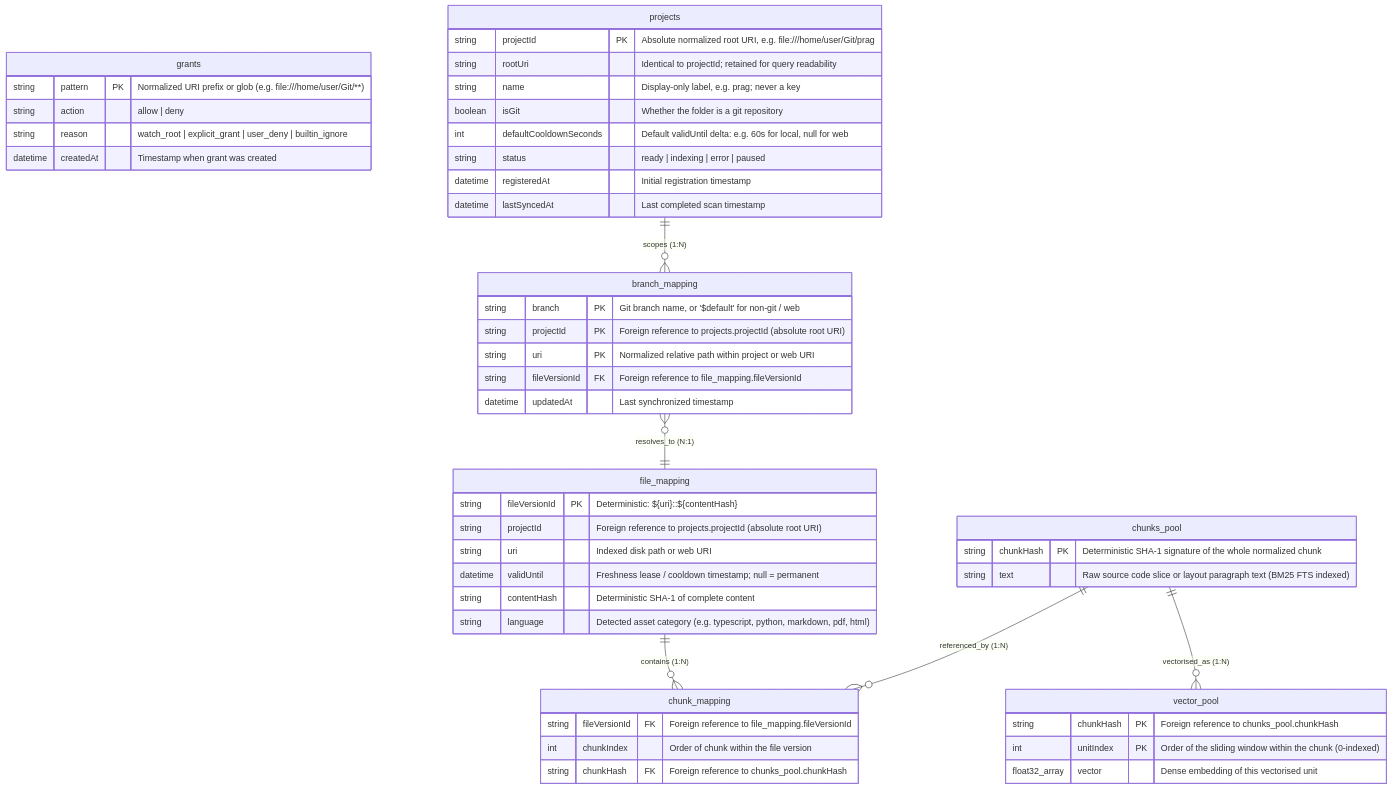
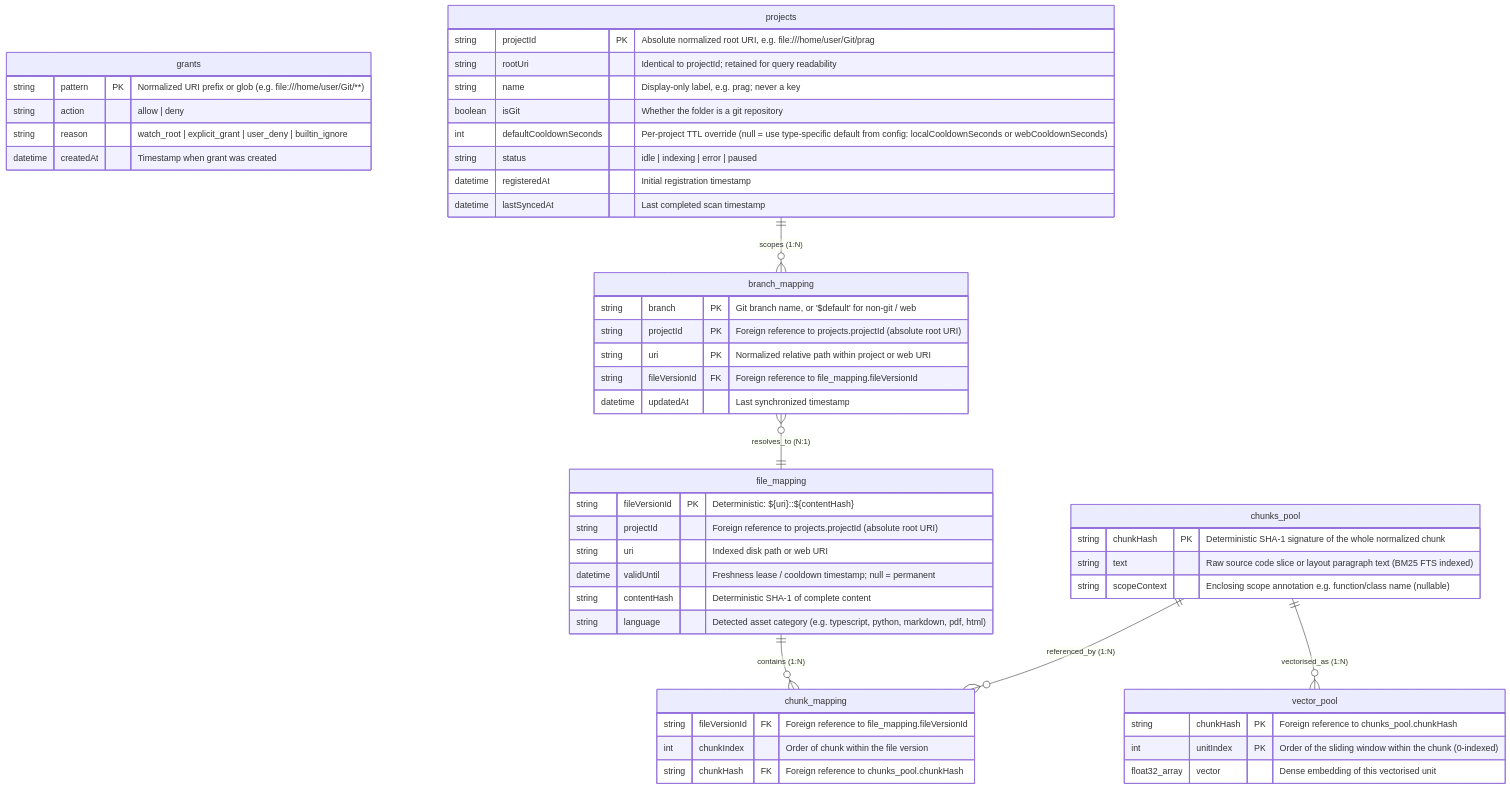
One commit to ai4ci/prag changed the diagram in design/resources/storage-schema.md. Above: the diagram before and after it, drawn with Mermaid. The commit also changed other lines of this file and 14 other files, not shown here.

````diff
--- a/design/resources/storage-schema.md
+++ b/design/resources/storage-schema.md
@@ -18,61 +18,62 @@
 ```mermaid
 erDiagram
     grants
     projects ||--o{ branch_mapping : "scopes (1:N)"
     branch_mapping }o--|| file_mapping : "resolves_to (N:1)"
     file_mapping ||--o{ chunk_mapping : "contains (1:N)"
     chunks_pool ||--o{ chunk_mapping : "referenced_by (1:N)"
     chunks_pool ||--o{ vector_pool : "vectorised_as (1:N)"
 
     grants {
         string pattern PK "Normalized URI prefix or glob (e.g. file:///home/user/Git/**)"
         string action "allow | deny"
         string reason "watch_root | explicit_grant | user_deny | builtin_ignore"
         datetime createdAt "Timestamp when grant was created"
     }
 
     projects {
         string projectId PK "Absolute normalized root URI, e.g. file:///home/user/Git/prag"
         string rootUri "Identical to projectId; retained for query readability"
         string name "Display-only label, e.g. prag; never a key"
         boolean isGit "Whether the folder is a git repository"
-        int defaultCooldownSeconds "Default validUntil delta: e.g. 60s for local, null for web"
-        string status "ready | indexing | error | paused"
+        int defaultCooldownSeconds "Per-project TTL override (null = use type-specific default from config: localCooldownSeconds or webCooldownSeconds)"
+        string status "idle | indexing | error | paused"
         datetime registeredAt "Initial registration timestamp"
         datetime lastSyncedAt "Last completed scan timestamp"
     }
 
     branch_mapping {
         string branch PK "Git branch name, or '$default' for non-git / web"
         string projectId PK "Foreign reference to projects.projectId (absolute root URI)"
         string uri PK "Normalized relative path within project or web URI"
         string fileVersionId FK "Foreign reference to file_mapping.fileVersionId"
         datetime updatedAt "Last synchronized timestamp"
     }
 
     file_mapping {
         string fileVersionId PK "Deterministic: ${uri}::${contentHash}"
         string projectId "Foreign reference to projects.projectId (absolute root URI)"
         string uri "Indexed disk path or web URI"
         datetime validUntil "Freshness lease / cooldown timestamp; null = permanent"
         string contentHash "Deterministic SHA-1 of complete content"
         string language "Detected asset category (e.g. typescript, python, markdown, pdf, html)"
     }
 
     chunk_mapping {
         string fileVersionId FK "Foreign reference to file_mapping.fileVersionId"
         int chunkIndex "Order of chunk within the file version"
         string chunkHash FK "Foreign reference to chunks_pool.chunkHash"
     }
 
     chunks_pool {
         string chunkHash PK "Deterministic SHA-1 signature of the whole normalized chunk"
         string text "Raw source code slice or layout paragraph text (BM25 FTS indexed)"
+        string scopeContext "Enclosing scope annotation e.g. function/class name (nullable)"
     }
 
     vector_pool {
         string chunkHash PK "Foreign reference to chunks_pool.chunkHash"
         int unitIndex PK "Order of the sliding window within the chunk (0-indexed)"
         float32_array vector "Dense embedding of this vectorised unit"
     }
 ```
````
